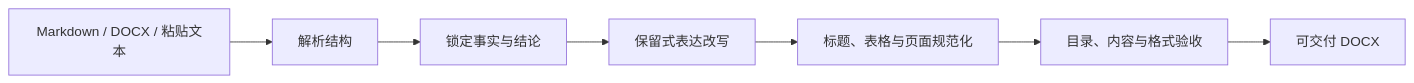
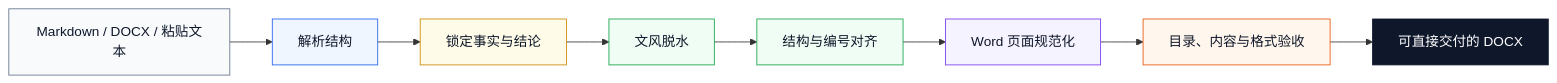
Before and after one commit to Wattson-Law/avoid-over-ai-writing-skill: the diagram in README.md, drawn with Mermaid. The commit also changed other lines of this file and 1 other file, not shown here.

````diff
--- a/README.md
+++ b/README.md
@@ -59,9 +90,19 @@
 ```mermaid
 flowchart LR
     A[Markdown / DOCX / 粘贴文本] --> B[解析结构]
     B --> C[锁定事实与结论]
-    C --> D[保留式表达改写]
-    D --> E[标题、表格与页面规范化]
-    E --> F[目录、内容与格式验收]
-    F --> G[可交付 DOCX]
+    C --> D[文风脱水]
+    D --> E[结构与编号对齐]
+    E --> F[Word 页面规范化]
+    F --> G[目录、内容与格式验收]
+    G --> H[可直接交付的 DOCX]
+
+    style A fill:#f8fafc,stroke:#64748b,color:#0f172a
+    style B fill:#eff6ff,stroke:#2563eb,color:#0f172a
+    style C fill:#fefce8,stroke:#ca8a04,color:#0f172a
+    style D fill:#f0fdf4,stroke:#16a34a,color:#0f172a
+    style E fill:#f0fdf4,stroke:#16a34a,color:#0f172a
+    style F fill:#f5f3ff,stroke:#7c3aed,color:#0f172a
+    style G fill:#fff7ed,stroke:#ea580c,color:#0f172a
+    style H fill:#0f172a,stroke:#0f172a,color:#ffffff
 ```
````
